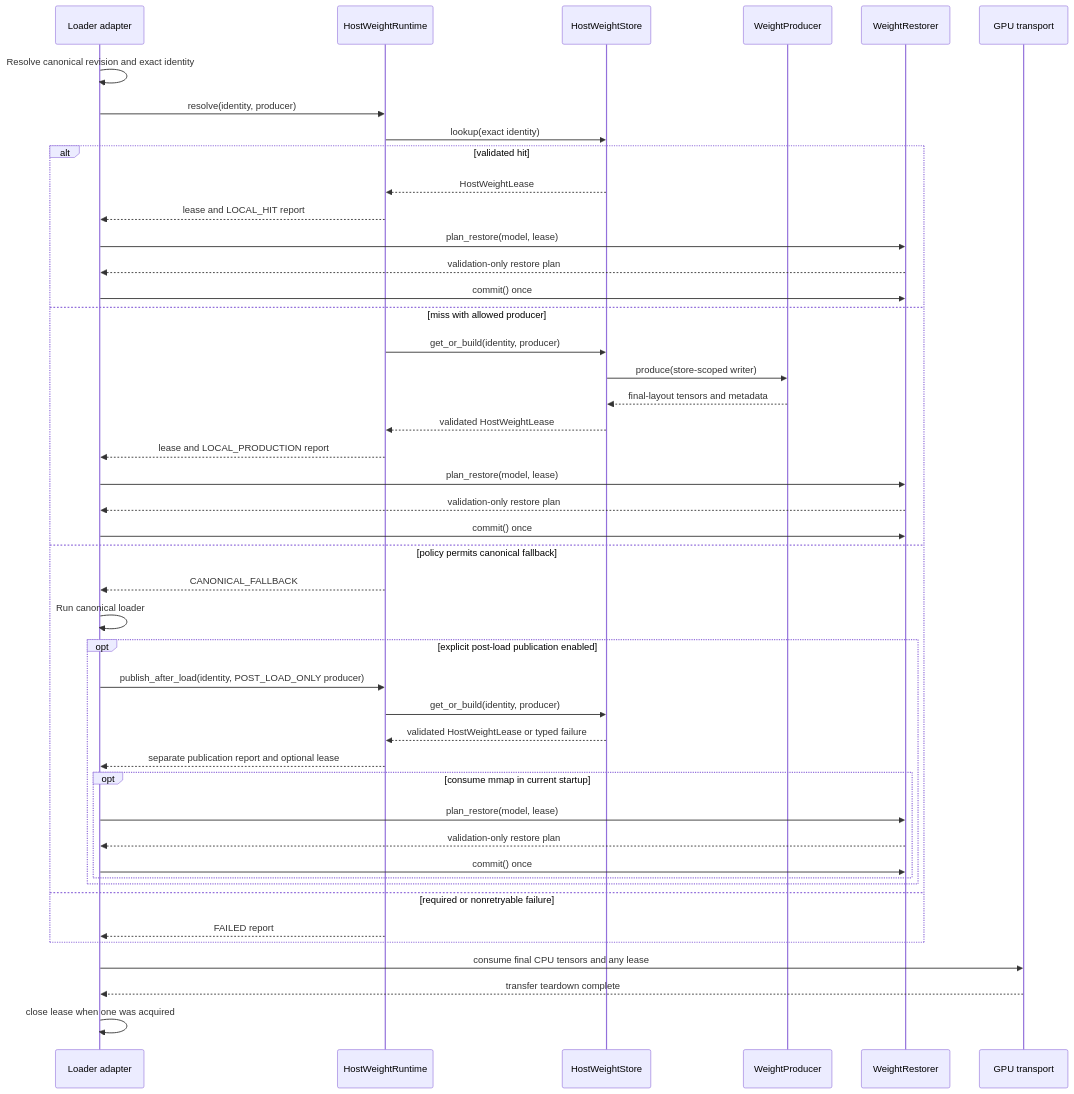
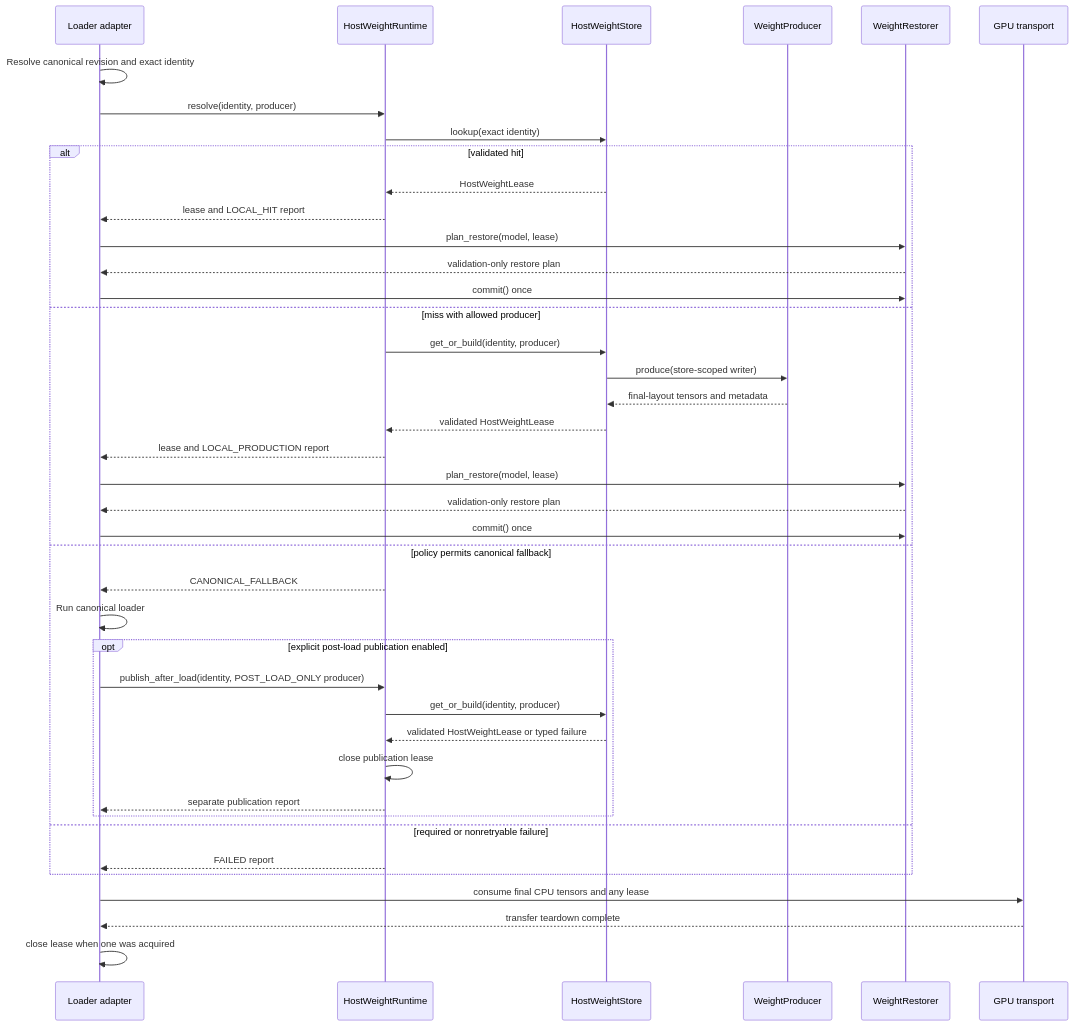
One commit to Asthenia0412/vllm-omni changed the second of 2 diagrams in docs/design/feature/host_weight_runtime.md. Above: the diagram before and after it, drawn with Mermaid. The commit also changed other lines of this file and 5 other files, not shown here.

First line of the commit message:
[Core] Make post-load publication warm-only

````diff
--- a/docs/design/feature/host_weight_runtime.md
+++ b/docs/design/feature/host_weight_runtime.md
@@ -113,48 +115,44 @@
 ```mermaid
 sequenceDiagram
     participant L as Loader adapter
     participant R as HostWeightRuntime
     participant S as HostWeightStore
     participant P as WeightProducer
     participant X as WeightRestorer
     participant T as GPU transport
 
     L->>L: Resolve canonical revision and exact identity
     L->>R: resolve(identity, producer)
     R->>S: lookup(exact identity)
     alt validated hit
         S-->>R: HostWeightLease
         R-->>L: lease and LOCAL_HIT report
         L->>X: plan_restore(model, lease)
         X-->>L: validation-only restore plan
         L->>X: commit() once
     else miss with allowed producer
         R->>S: get_or_build(identity, producer)
         S->>P: produce(store-scoped writer)
         P-->>S: final-layout tensors and metadata
         S-->>R: validated HostWeightLease
         R-->>L: lease and LOCAL_PRODUCTION report
         L->>X: plan_restore(model, lease)
         X-->>L: validation-only restore plan
         L->>X: commit() once
     else policy permits canonical fallback
         R-->>L: CANONICAL_FALLBACK
         L->>L: Run canonical loader
         opt explicit post-load publication enabled
             L->>R: publish_after_load(identity, POST_LOAD_ONLY producer)
             R->>S: get_or_build(identity, producer)
             S-->>R: validated HostWeightLease or typed failure
-            R-->>L: separate publication report and optional lease
-            opt consume mmap in current startup
-                L->>X: plan_restore(model, lease)
-                X-->>L: validation-only restore plan
-                L->>X: commit() once
-            end
+            R->>R: close publication lease
+            R-->>L: separate publication report
         end
     else required or nonretryable failure
         R-->>L: FAILED report
     end
     L->>T: consume final CPU tensors and any lease
     T-->>L: transfer teardown complete
     L->>L: close lease when one was acquired
 ```
````
